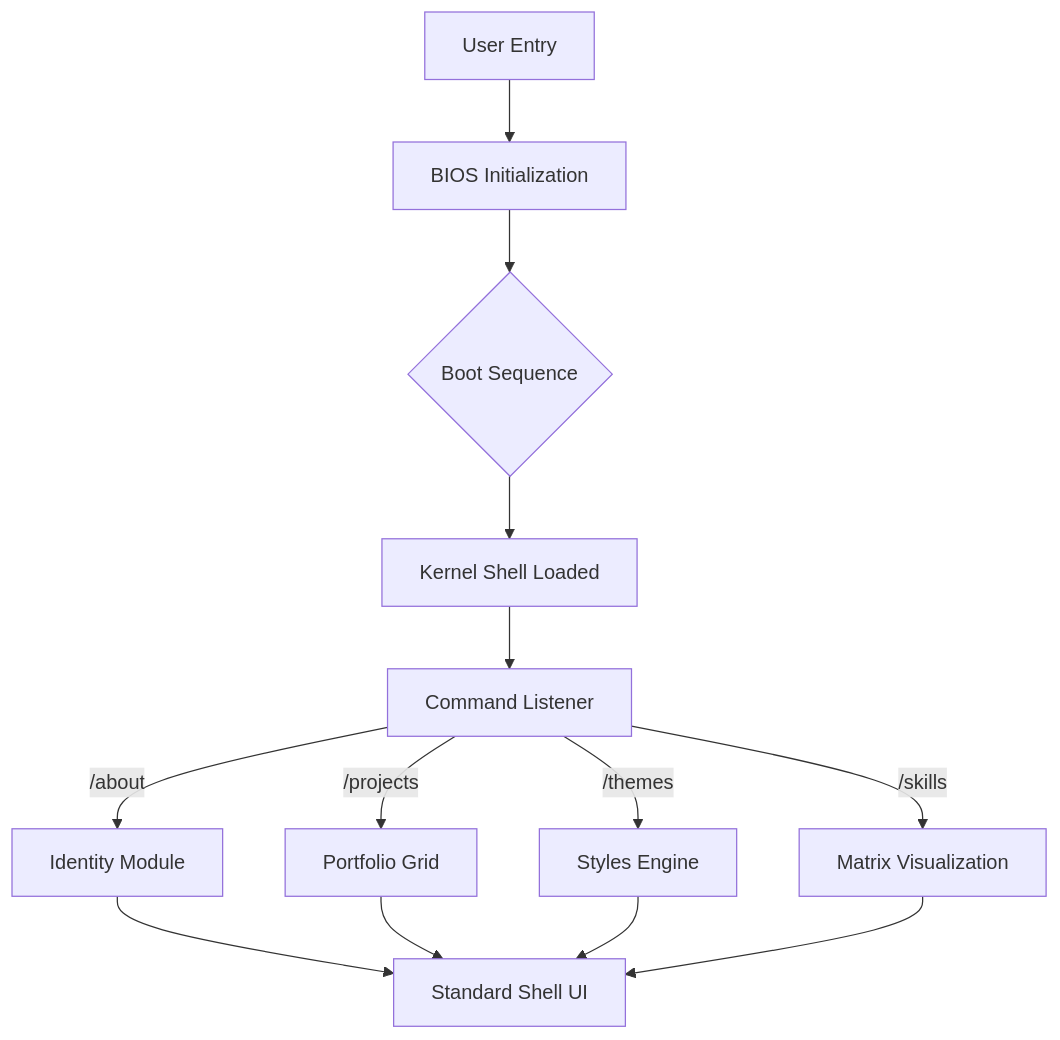
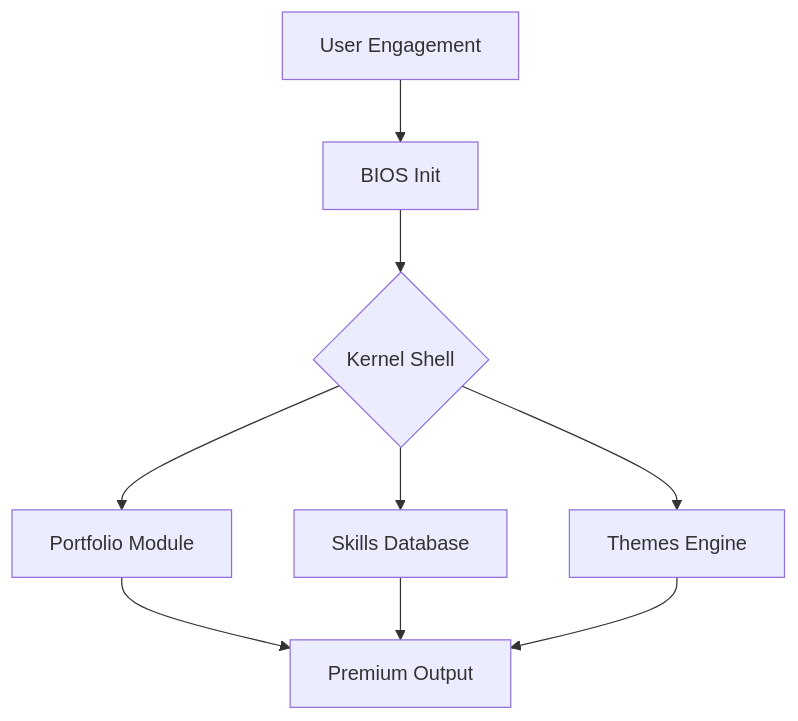
The diagram in README.md (JayantOlhyan/Jayant-Olyan-Portfolio-2-), drawn with Mermaid before and after one commit. The commit also changed other lines of this file and 3 other files, not shown here.

````diff
--- a/README.md
+++ b/README.md
@@ -35,12 +27,9 @@
 ```mermaid
 graph TD
-    A[User Entry] --> B[BIOS Initialization]
-    B --> C{Boot Sequence}
-    C --> D[Kernel Shell Loaded]
-    D --> E[Command Listener]
-    E -->|/about| F[Identity Module]
-    E -->|/projects| G[Portfolio Grid]
-    E -->|/themes| H[Styles Engine]
-    E -->|/skills| I[Matrix Visualization]
-    F & G & H & I --> J[Standard Shell UI]
+    A[User Engagement] --> B[BIOS Init]
+    B --> C{Kernel Shell}
+    C --> D[Portfolio Module]
+    C --> E[Skills Database]
+    C --> F[Themes Engine]
+    D & E & F --> G[Premium Output]
 ```
````
